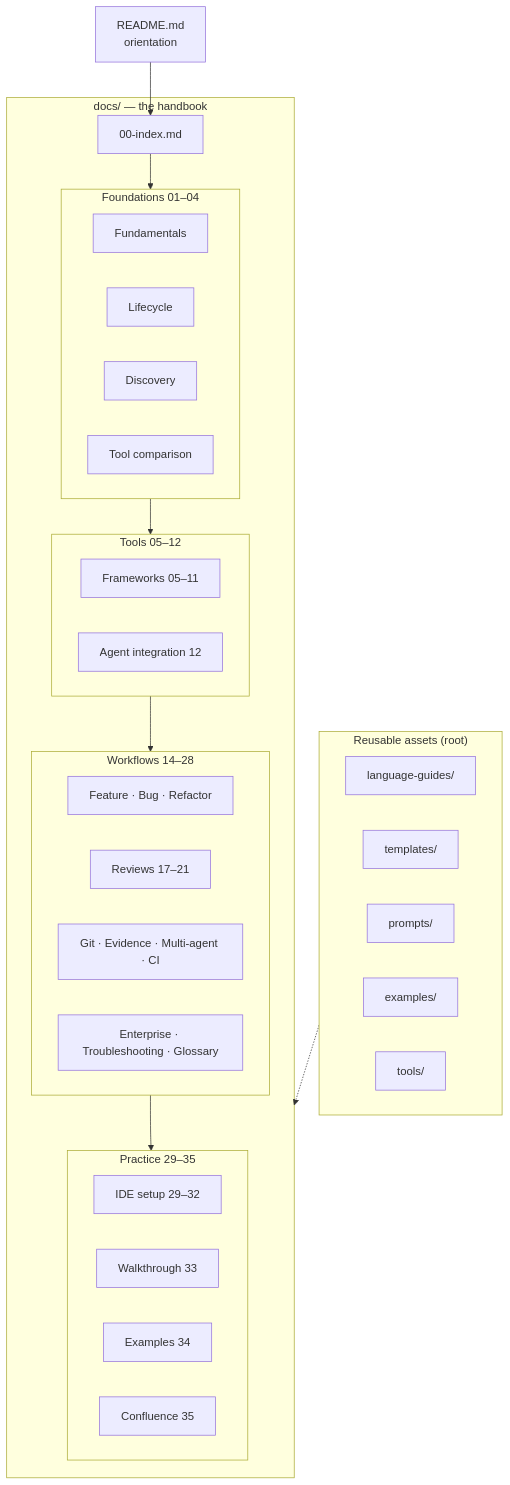
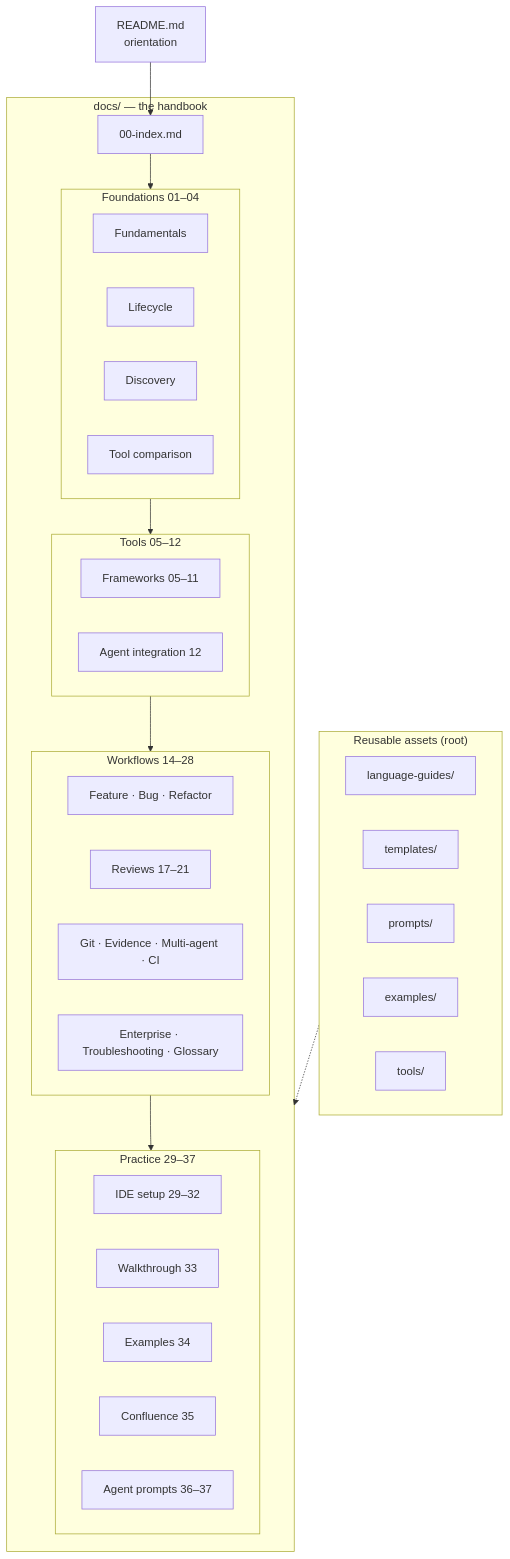
Diagram 31 of 31 in README.md (metodiev/Spec-Driven-Development-SDD), drawn with Mermaid before and after one commit. The commit also changed other lines of this file and 56 other files, not shown here.

````diff
--- a/README.md
+++ b/README.md
@@ -917,39 +1034,40 @@
 ```mermaid
 flowchart TD
     ROOT["README.md<br/>orientation"]
     subgraph Docs["docs/ — the handbook"]
         IDX["00-index.md"]
         subgraph Core["Foundations 01–04"]
             C1["Fundamentals"] 
             C2["Lifecycle"]
             C3["Discovery"]
             C4["Tool comparison"]
         end
         subgraph Tools["Tools 05–12"]
             T1["Frameworks 05–11"]
             T2["Agent integration 12"]
         end
         subgraph Flow["Workflows 14–28"]
             W1["Feature · Bug · Refactor"]
             W2["Reviews 17–21"]
             W3["Git · Evidence · Multi-agent · CI"]
             W4["Enterprise · Troubleshooting · Glossary"]
         end
-        subgraph Practice["Practice 29–35"]
+        subgraph Practice["Practice 29–37"]
             P1["IDE setup 29–32"]
             P2["Walkthrough 33"]
             P3["Examples 34"]
             P4["Confluence 35"]
+            P5["Agent prompts 36–37"]
         end
     end
     subgraph Assets["Reusable assets (root)"]
         A1["language-guides/"]
         A2["templates/"]
         A3["prompts/"]
         A4["examples/"]
         A5["tools/"]
     end
     ROOT --> IDX
     IDX --> Core --> Tools --> Flow --> Practice
     Assets -.-> Docs
 ```
````
